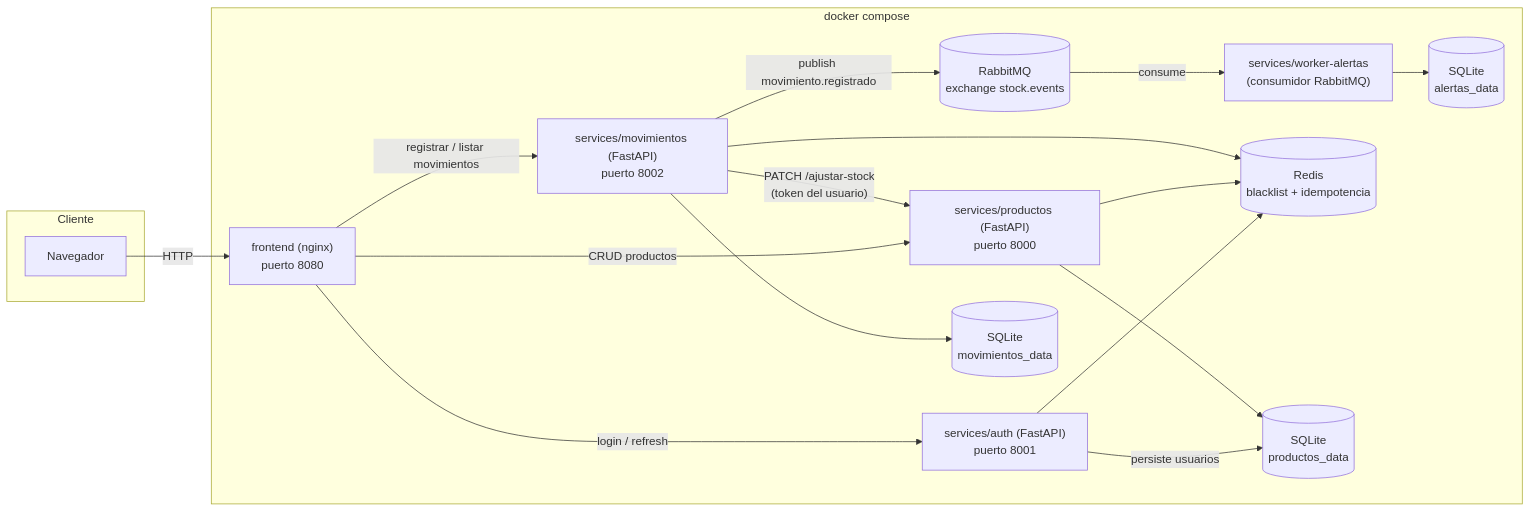
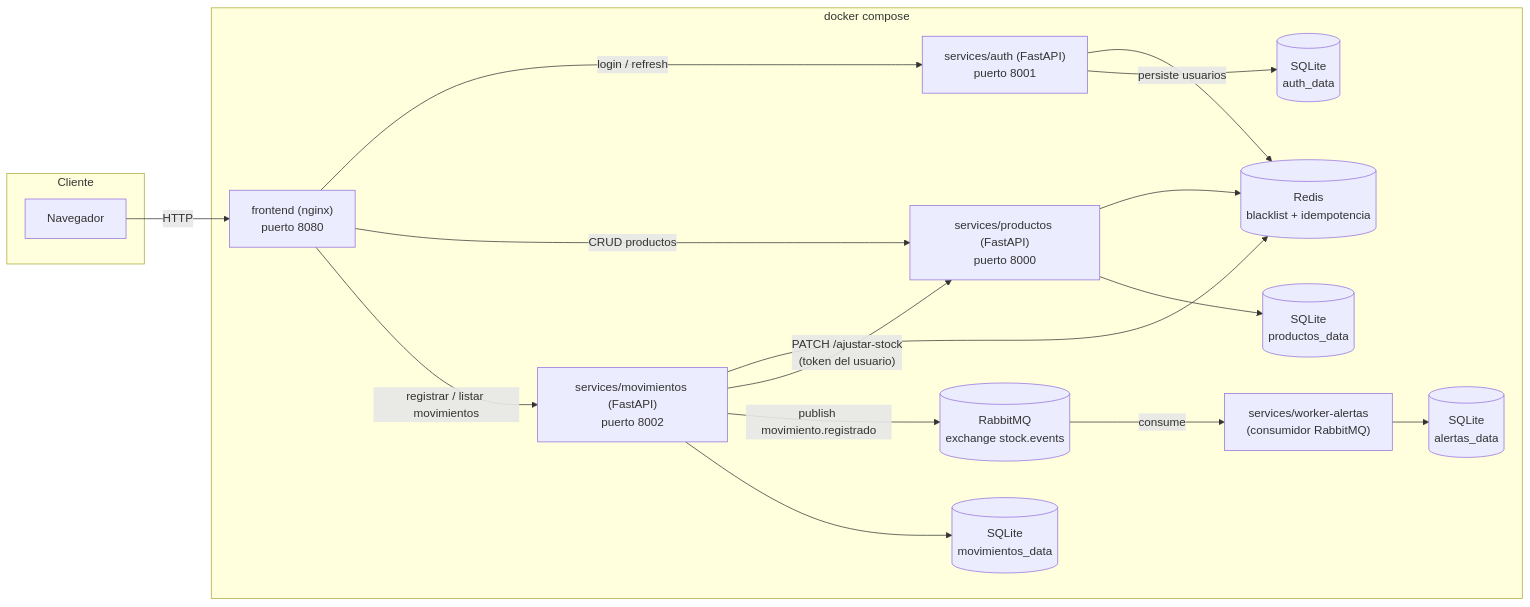
The first of 6 diagrams in docs/ARQUITECTURA.md (sebasado77062/Gestor_de_stock_jugueteria), drawn with Mermaid before and after one commit. The commit also changed other lines of this file, not shown here.

````diff
--- a/docs/ARQUITECTURA.md
+++ b/docs/ARQUITECTURA.md
@@ -5,37 +5,38 @@
 ```mermaid
 flowchart LR
     subgraph Cliente
         Browser["Navegador"]
     end
 
     subgraph Docker["docker compose"]
         FE["frontend (nginx)<br/>puerto 8080"]
         AUTH["services/auth (FastAPI)<br/>puerto 8001"]
         PROD["services/productos (FastAPI)<br/>puerto 8000"]
         MOV["services/movimientos (FastAPI)<br/>puerto 8002"]
         WORKER["services/worker-alertas<br/>(consumidor RabbitMQ)"]
         REDIS[("Redis<br/>blacklist + idempotencia")]
         RABBIT[("RabbitMQ<br/>exchange stock.events")]
+        DB_AUTH[("SQLite<br/>auth_data")]
         DB_PROD[("SQLite<br/>productos_data")]
         DB_MOV[("SQLite<br/>movimientos_data")]
         DB_ALERTAS[("SQLite<br/>alertas_data")]
     end
 
     Browser -->|HTTP| FE
     FE -->|"login / refresh"| AUTH
     FE -->|"CRUD productos"| PROD
     FE -->|"registrar / listar movimientos"| MOV
 
     AUTH --> REDIS
     PROD --> REDIS
     MOV --> REDIS
 
     MOV -->|"PATCH /ajustar-stock<br/>(token del usuario)"| PROD
     MOV -->|"publish movimiento.registrado"| RABBIT
     RABBIT -->|"consume"| WORKER
 
-    AUTH -->|"persiste usuarios"| DB_PROD
+    AUTH -->|"persiste usuarios"| DB_AUTH
     PROD --> DB_PROD
     MOV --> DB_MOV
     WORKER --> DB_ALERTAS
 ```
````
